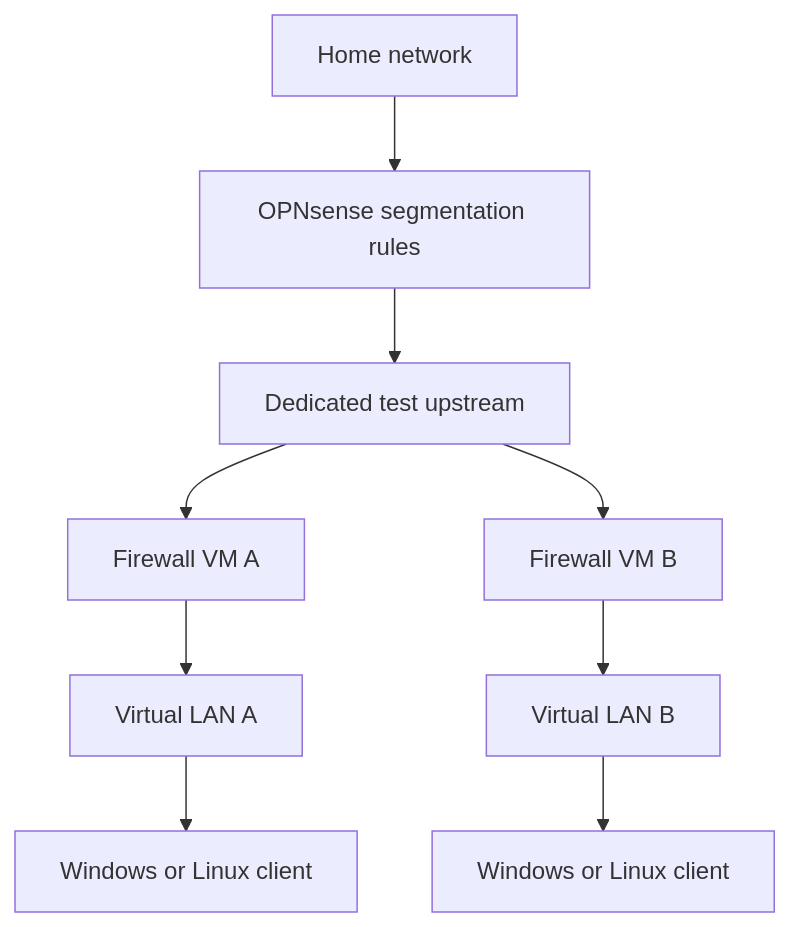
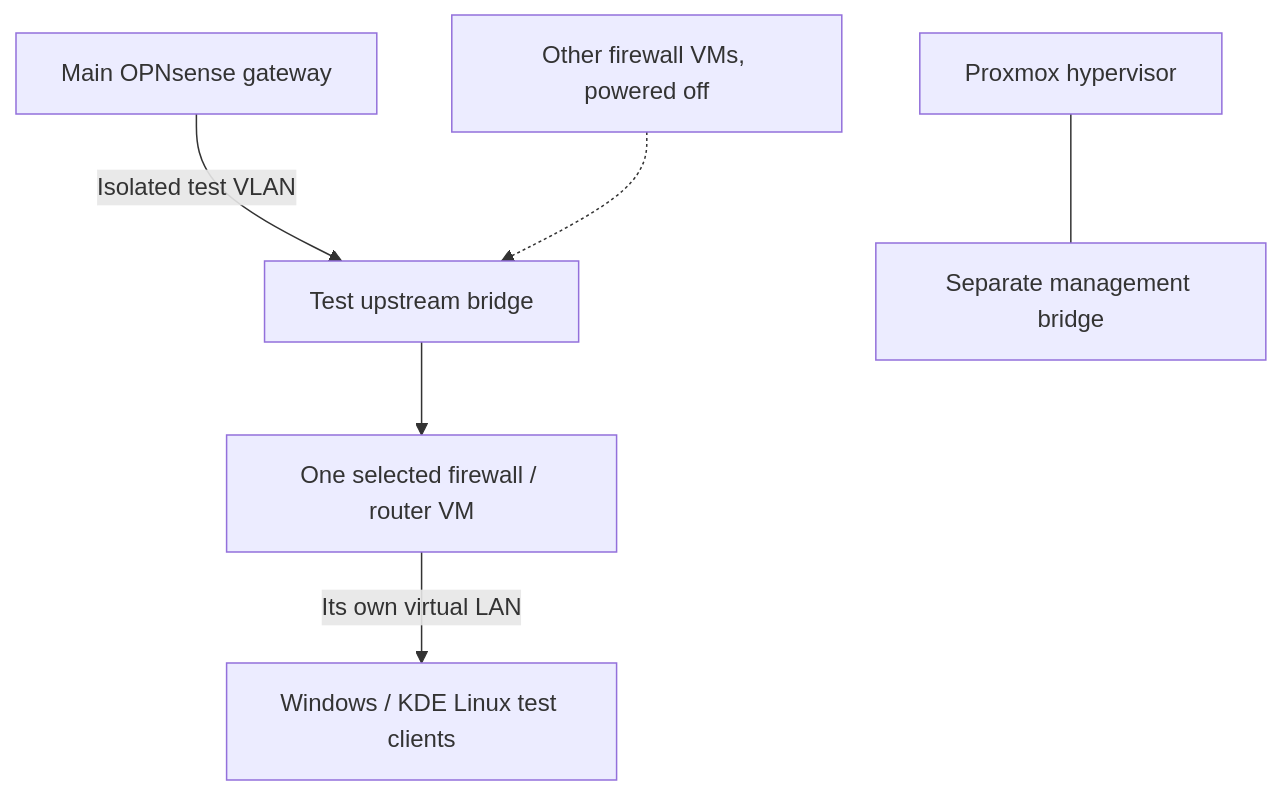
One commit to bixstriker/bixcore-homelab-portfolio changed the diagram in diagrams/proxmox-lab.md. Above: the diagram before and after it, drawn with Mermaid. The commit also changed other lines of this file and 8 other files, not shown here.

Commit message:
Publish Proxmox Master v1.7 project index and update current lab navigation

````diff
--- a/diagrams/proxmox-lab.md
+++ b/diagrams/proxmox-lab.md
@@ -3,11 +5,8 @@
 ```mermaid
 flowchart TD
-    Home[Home network] --> FW[OPNsense segmentation rules]
-    FW --> LabWAN[Dedicated test upstream]
-    LabWAN --> F1[Firewall VM A]
-    LabWAN --> F2[Firewall VM B]
-    F1 --> LAN1[Virtual LAN A]
-    F2 --> LAN2[Virtual LAN B]
-    LAN1 --> Client1[Windows or Linux client]
-    LAN2 --> Client2[Windows or Linux client]
+    Main[Main OPNsense gateway] -->|Isolated test VLAN| WAN[Test upstream bridge]
+    PVE[Proxmox hypervisor] --- Mgmt[Separate management bridge]
+    WAN --> Routers[One selected firewall / router VM]
+    Routers -->|Its own virtual LAN| Clients[Windows / KDE Linux test clients]
+    Others[Other firewall VMs, powered off] -.-> WAN
 ```
````
